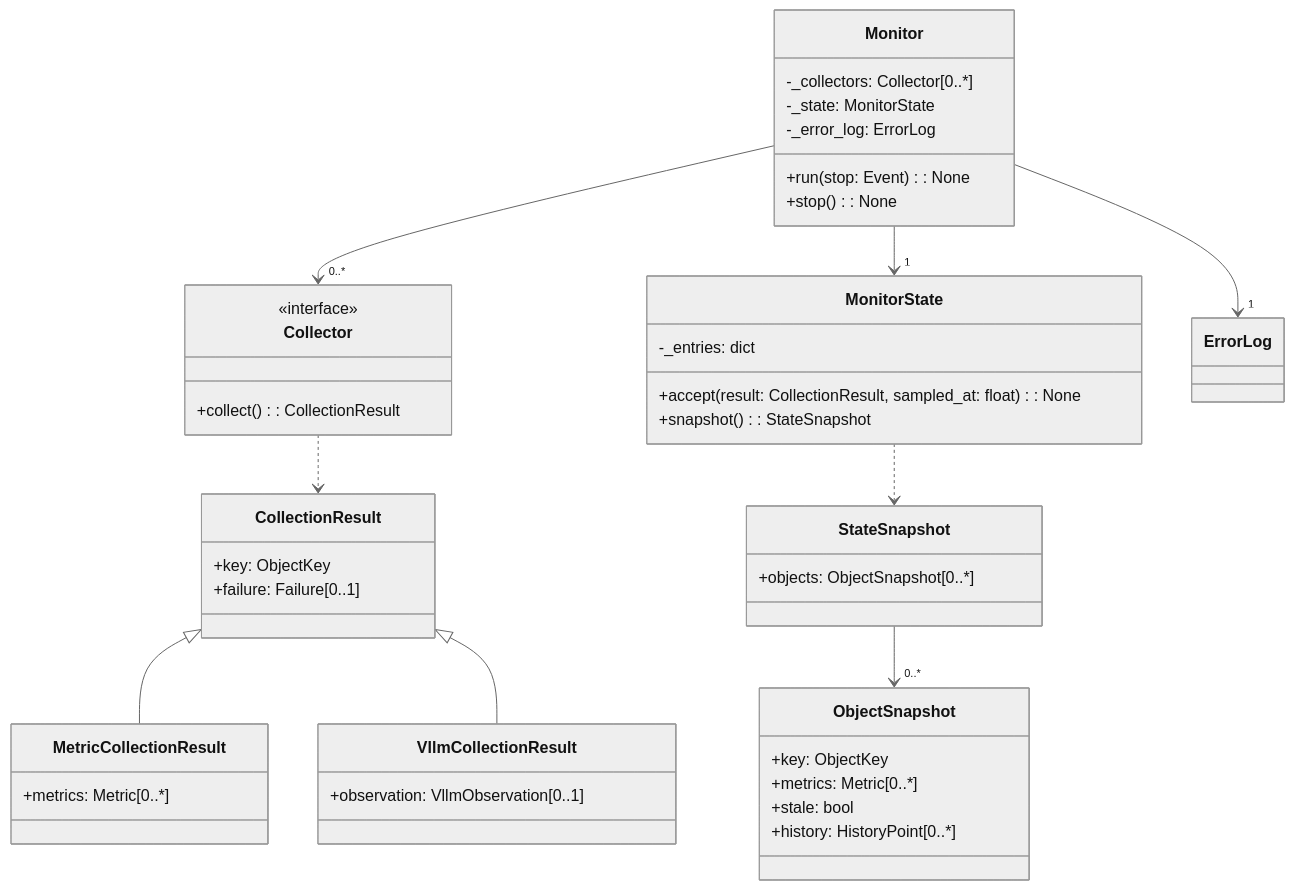
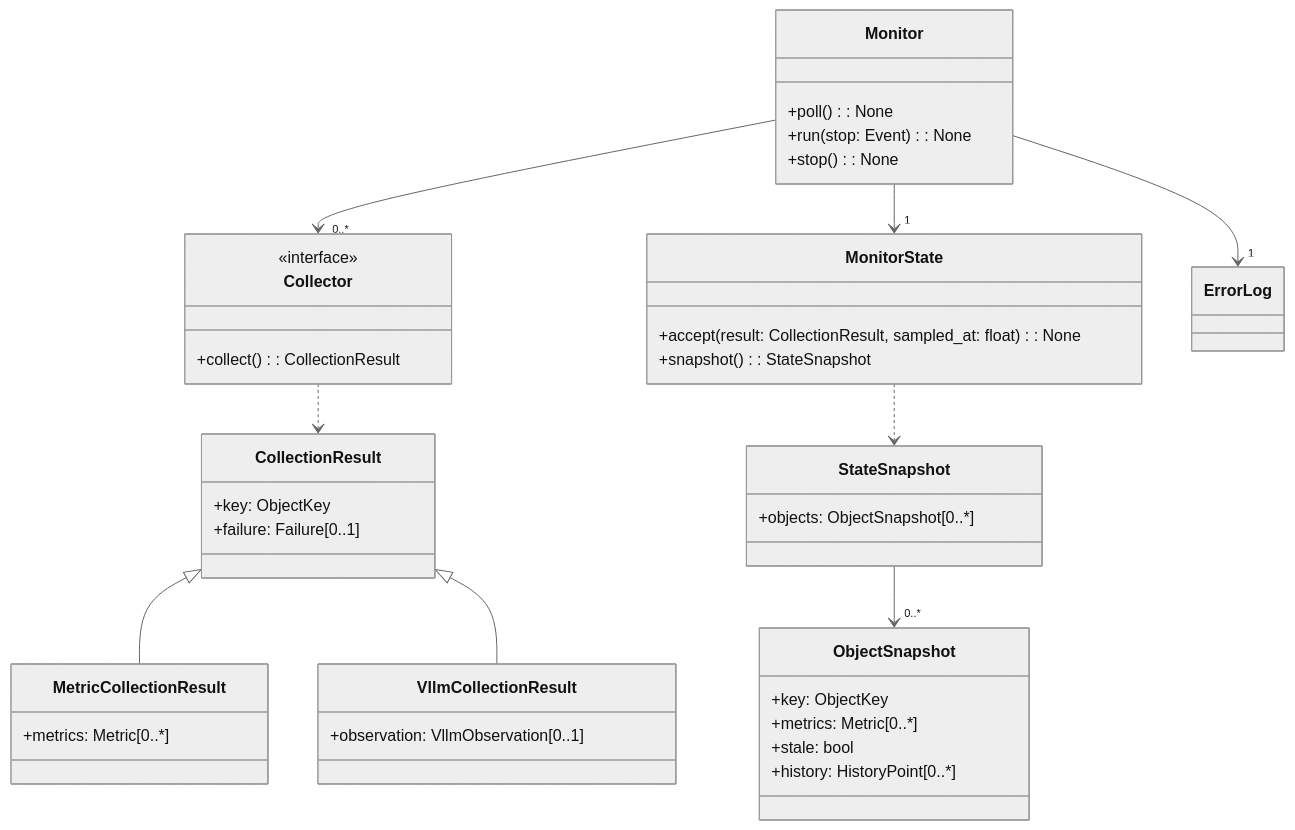
The first of 2 diagrams in docs/design/monitor-state.md (shawnluxyRE/joi-observer), drawn with Mermaid (neutral theme) before and after one commit. The commit also changed other lines of this file and 110 other files, not shown here.

````diff
--- a/docs/design/monitor-state.md
+++ b/docs/design/monitor-state.md
@@ -32,49 +35,46 @@
 ```mermaid
 classDiagram
     direction TB
     class Monitor {
-        -_collectors: Collector[0..*]
-        -_state: MonitorState
-        -_error_log: ErrorLog
+        +poll() : None
         +run(stop: Event) : None
         +stop() : None
     }
     class Collector {
         <<interface>>
         +collect() : CollectionResult
     }
     class MonitorState {
-        -_entries: dict
         +accept(result: CollectionResult, sampled_at: float) : None
         +snapshot() : StateSnapshot
     }
     class ErrorLog
     class CollectionResult {
         +key: ObjectKey
         +failure: Failure[0..1]
     }
     class MetricCollectionResult {
         +metrics: Metric[0..*]
     }
     class VllmCollectionResult {
         +observation: VllmObservation[0..1]
     }
     class StateSnapshot {
         +objects: ObjectSnapshot[0..*]
     }
     class ObjectSnapshot {
         +key: ObjectKey
         +metrics: Metric[0..*]
         +stale: bool
         +history: HistoryPoint[0..*]
     }
 
     Monitor --> "0..*" Collector
     Monitor --> "1" MonitorState
     Monitor --> "1" ErrorLog
     Collector ..> CollectionResult
     CollectionResult <|-- MetricCollectionResult
     CollectionResult <|-- VllmCollectionResult
     MonitorState ..> StateSnapshot
     StateSnapshot --> "0..*" ObjectSnapshot
 ```
````
